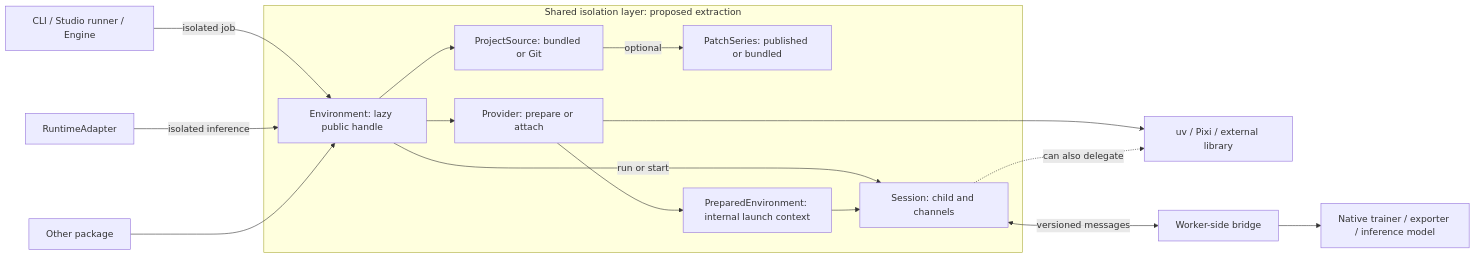
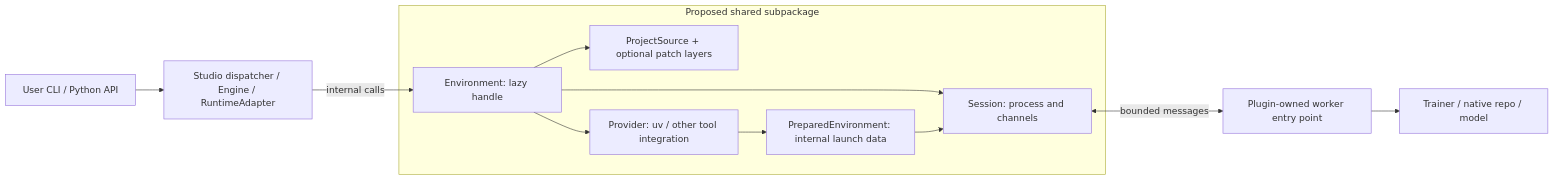
Before and after one commit to samet-akcay/physicalai: the diagram in docs/development/design/shared-environments.md, drawn with Mermaid. The commit also changed other lines of this file and 1 other file, not shown here.

Commit message:
docs: explain isolation from user flows to concrete integration files

````diff
--- a/docs/development/design/shared-environments.md
+++ b/docs/development/design/shared-environments.md
@@ -26,20 +276,14 @@
 ```mermaid
 flowchart LR
-    Engine["CLI / Studio runner / Engine"] -->|isolated job| Env
-    Adapter["RuntimeAdapter"] -->|isolated inference| Env
-    Other["Other package"] --> Env
-
-    subgraph Shared["Shared isolation layer: proposed extraction"]
-        Env["Environment: lazy public handle"] --> Source["ProjectSource: bundled or Git"]
-        Source -->|optional| Patches["PatchSeries: published or bundled"]
-        Env --> Provider["Provider: prepare or attach"]
-        Provider --> Prepared["PreparedEnvironment: internal launch context"]
-        Env -->|run or start| Session["Session: child and channels"]
+    User["User CLI / Python API"] --> Consumer["Studio dispatcher / Engine / RuntimeAdapter"]
+    Consumer -->|internal calls| Env["Environment: lazy handle"]
+    subgraph Shared["Proposed shared subpackage"]
+        Env --> Source["ProjectSource + optional patch layers"]
+        Env --> Provider["Provider: uv / other tool integration"]
+        Provider --> Prepared["PreparedEnvironment: internal launch data"]
+        Env --> Session["Session: process and channels"]
         Prepared --> Session
     end
-
-    Provider --> Tool["uv / Pixi / external library"]
-    Session -.->|can also delegate| Tool
-    Session <-->|versioned messages| Bridge["Worker-side bridge"]
-    Bridge --> Native["Native trainer / exporter / inference model"]
+    Session <-->|bounded messages| Worker["Plugin-owned worker entry point"]
+    Worker --> Native["Trainer / native repo / model"]
 ```
````
